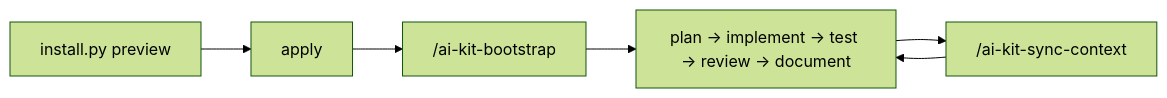
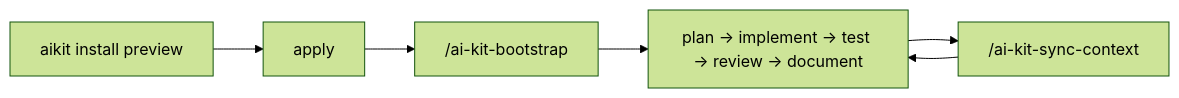
Before and after one commit to tigusigalpa/ai-kit: the diagram in README.md, drawn with Mermaid (forest theme). The commit also changed other lines of this file and 73 other files, not shown here.

````diff
--- a/README.md
+++ b/README.md
@@ -66,8 +118,8 @@
 ```mermaid
 flowchart LR
-    A[install.py preview] --> B[apply]
+    A[aikit install preview] --> B[apply]
     B --> C["/ai-kit-bootstrap"]
     C --> D[plan → implement → test → review → document]
     D --> E["/ai-kit-sync-context"]
     E --> D
 ```
````
